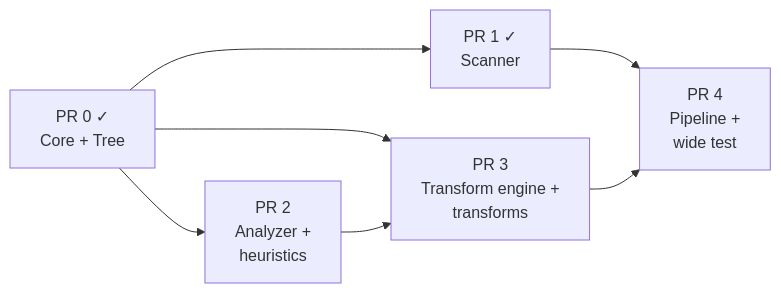
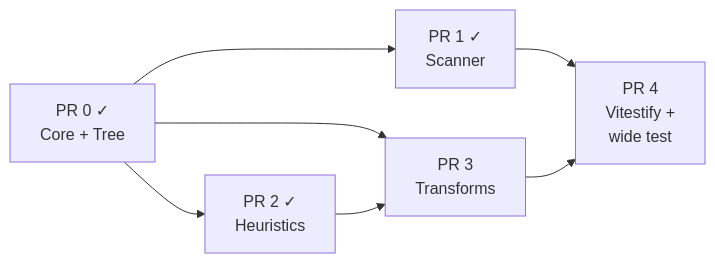
Before and after one commit to testmex/testmex: the third of 3 diagrams in design-docs/001-vitestify.md, drawn with Mermaid. The commit also changed other lines of this file, not shown here.

First line of the commit message:
docs: 📝 rename Pipeline to Vitestify and simplify architecture

````diff
--- a/design-docs/001-vitestify.md
+++ b/design-docs/001-vitestify.md
@@ -416,15 +389,15 @@
 ```mermaid
 flowchart LR
     PR0["PR 0 ✓<br>Core + Tree"]
     PR1["PR 1 ✓<br>Scanner"]
-    PR2["PR 2<br>Analyzer +<br>heuristics"]
-    PR3["PR 3<br>Transform engine +<br>transforms"]
-    PR4["PR 4<br>Pipeline +<br>wide test"]
+    PR2["PR 2 ✓<br>Heuristics"]
+    PR3["PR 3<br>Transforms"]
+    PR4["PR 4<br>Vitestify +<br>wide test"]
 
     PR0 --> PR1
     PR0 --> PR2
     PR0 --> PR3
     PR1 --> PR4
     PR2 --> PR3
     PR3 --> PR4
 ```
````
